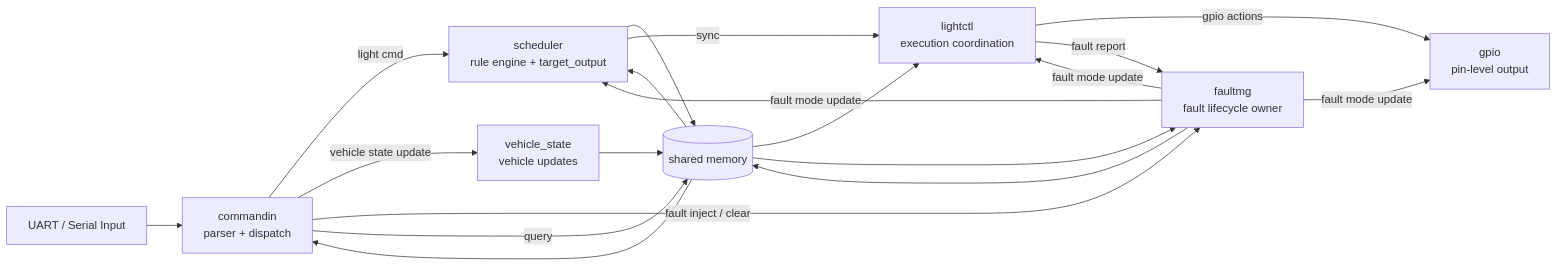
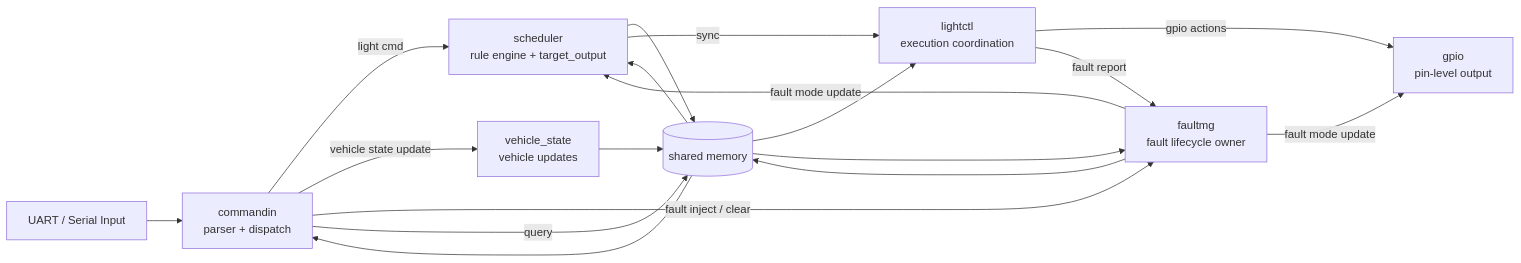
The diagram in README.md (CHEN2003-CHIP/sel4-LightCTRL), drawn with Mermaid before and after one commit. The commit also changed other lines of this file and 4 other files, not shown here.

````diff
--- a/README.md
+++ b/README.md
@@ -336,33 +341,32 @@
 ```mermaid
 flowchart LR
     UART["UART / Serial Input"]
     CMD["commandin\nparser + dispatch"]
     VEH["vehicle_state\nvehicle updates"]
     SCHED["scheduler\nrule engine + target_output"]
     LIGHT["lightctl\nexecution coordination"]
     GPIO["gpio\npin-level output"]
     FAULT["faultmg\nfault lifecycle owner"]
     SHMEM[("shared memory")]
 
     UART --> CMD
     CMD -->|light cmd| SCHED
     CMD -->|vehicle state update| VEH
     CMD -->|fault inject / clear| FAULT
     CMD -->|query| SHMEM
 
     VEH --> SHMEM
     SCHED --> SHMEM
     SHMEM --> SCHED
     SHMEM --> LIGHT
     SHMEM --> CMD
     SHMEM --> FAULT
 
     SCHED -->|sync| LIGHT
     LIGHT -->|gpio actions| GPIO
     LIGHT -->|fault report| FAULT
 
     FAULT -->|fault mode update| GPIO
     FAULT -->|fault mode update| SCHED
-    FAULT -->|fault mode update| LIGHT
     FAULT --> SHMEM
 ```
````
